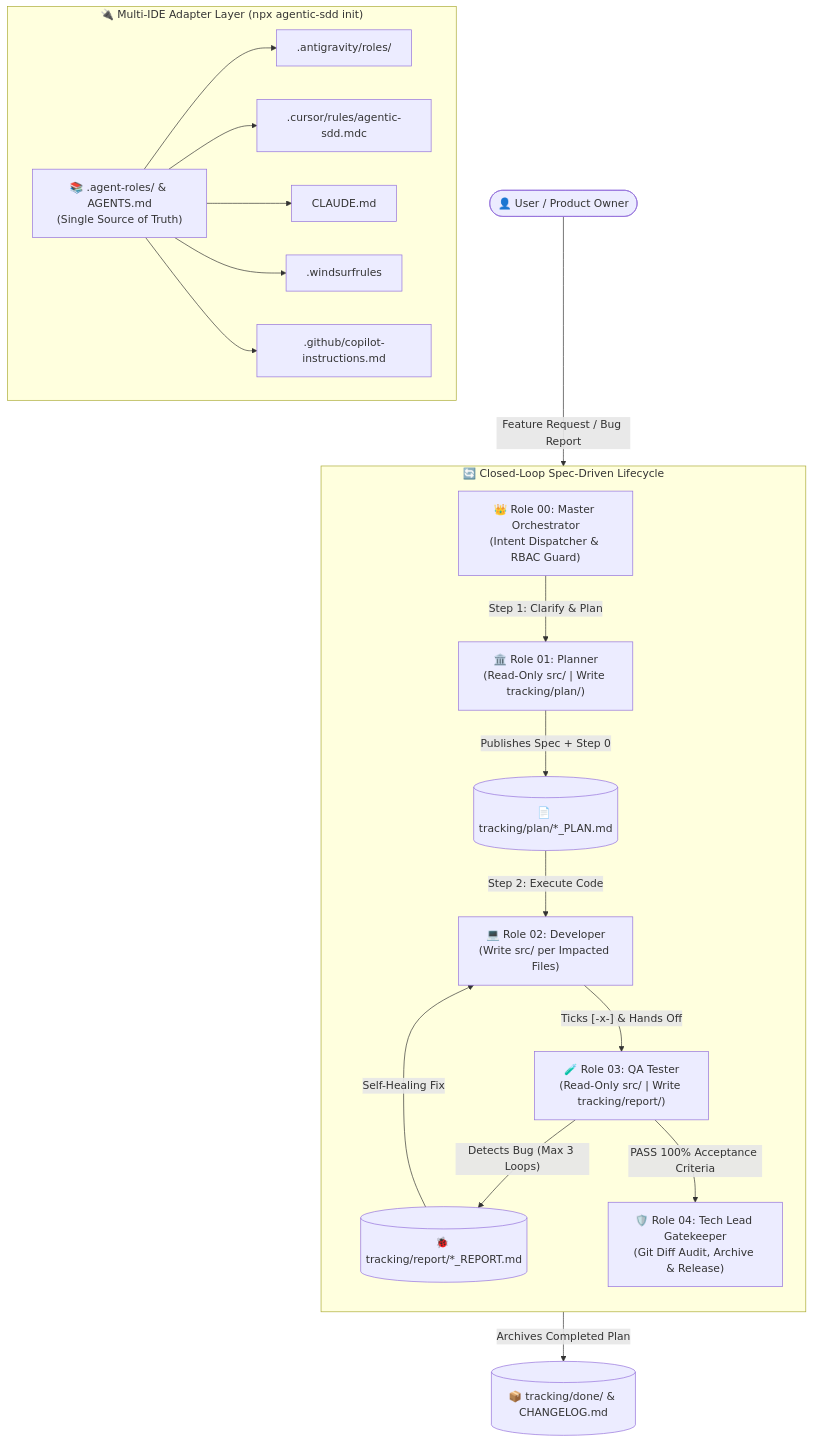
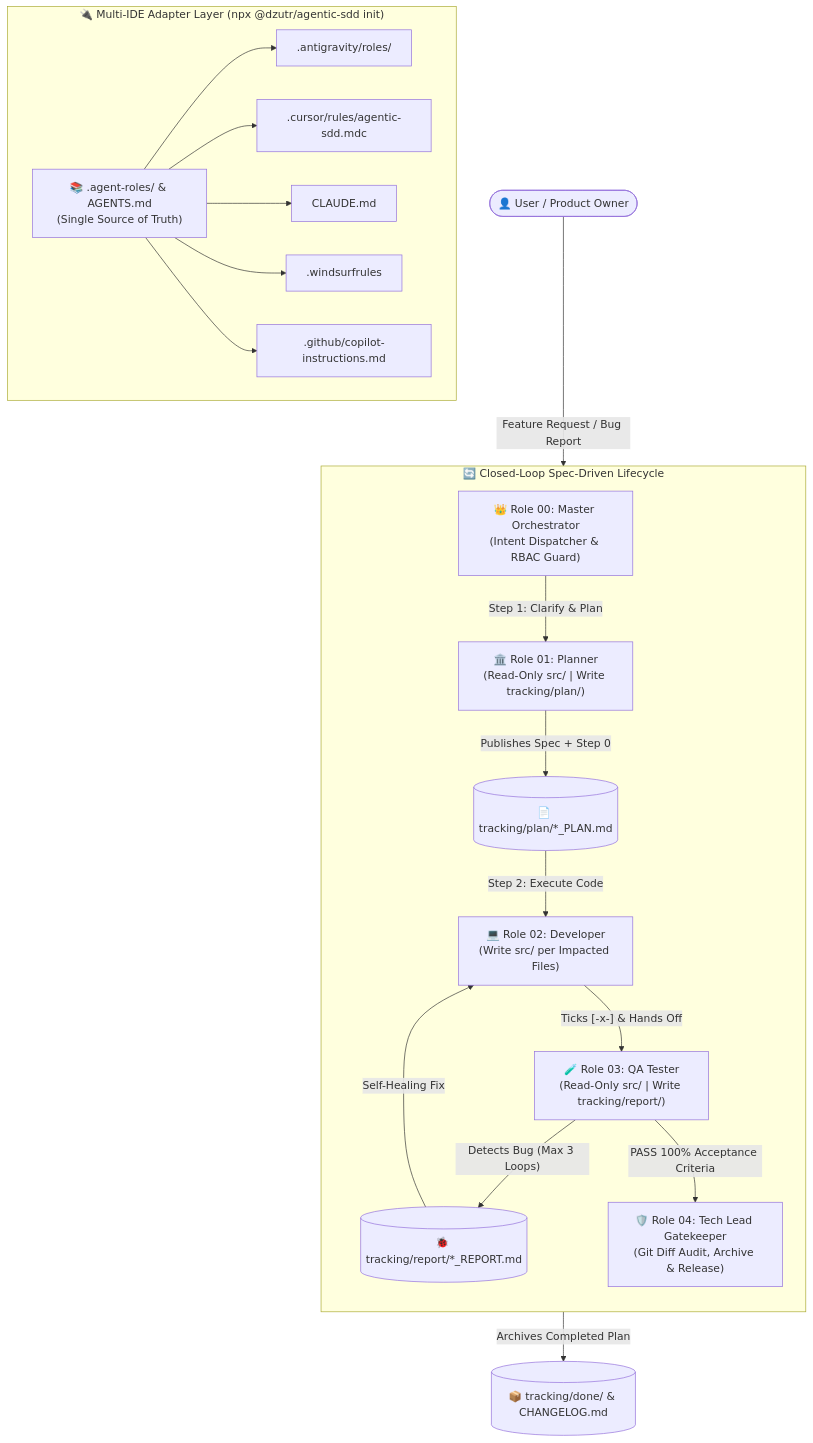
One commit to dzutran/agentic-sdd changed the diagram in README.md. Above: the diagram before and after it, drawn with Mermaid. The commit also changed other lines of this file and 1 other file, not shown here.

Commit message:
chore: rename package to @dzutr/agentic-sdd for scoped npm release

````diff
--- a/README.md
+++ b/README.md
@@ -41,26 +41,26 @@
 ```mermaid
 flowchart TD
     User(["👤 User / Product Owner"]) -->|"Feature Request / Bug Report"| Orch["👑 Role 00: Master Orchestrator\n(Intent Dispatcher & RBAC Guard)"]
 
     subgraph Lifecycle ["🔄 Closed-Loop Spec-Driven Lifecycle"]
         direction TB
         Orch -->|"Step 1: Clarify & Plan"| R1["🏛️ Role 01: Planner\n(Read-Only src/ | Write tracking/plan/)"]
         R1 -->|"Publishes Spec + Step 0"| Spec[("📄 tracking/plan/*_PLAN.md")]
         Spec -->|"Step 2: Execute Code"| R2["💻 Role 02: Developer\n(Write src/ per Impacted Files)"]
         R2 -->|"Ticks [-x-] & Hands Off"| R3["🧪 Role 03: QA Tester\n(Read-Only src/ | Write tracking/report/)"]
         R3 -->|"Detects Bug (Max 3 Loops)"| Bug[("🐞 tracking/report/*_REPORT.md")]
         Bug -->|"Self-Healing Fix"| R2
         R3 -->|"PASS 100% Acceptance Criteria"| R4["🛡️ Role 04: Tech Lead Gatekeeper\n(Git Diff Audit, Archive & Release)"]
     end
 
     R4 -->|"Archives Completed Plan"| Done[("📦 tracking/done/ & CHANGELOG.md")]
 
-    subgraph Adapters ["🔌 Multi-IDE Adapter Layer (npx agentic-sdd init)"]
+    subgraph Adapters ["🔌 Multi-IDE Adapter Layer (npx @dzutr/agentic-sdd init)"]
         direction LR
         SSOT["📚 .agent-roles/ & AGENTS.md\n(Single Source of Truth)"] --> AG[".antigravity/roles/"]
         SSOT --> CU[".cursor/rules/agentic-sdd.mdc"]
         SSOT --> CL["CLAUDE.md"]
         SSOT --> WS[".windsurfrules"]
         SSOT --> CP[".github/copilot-instructions.md"]
     end
 ```
````
